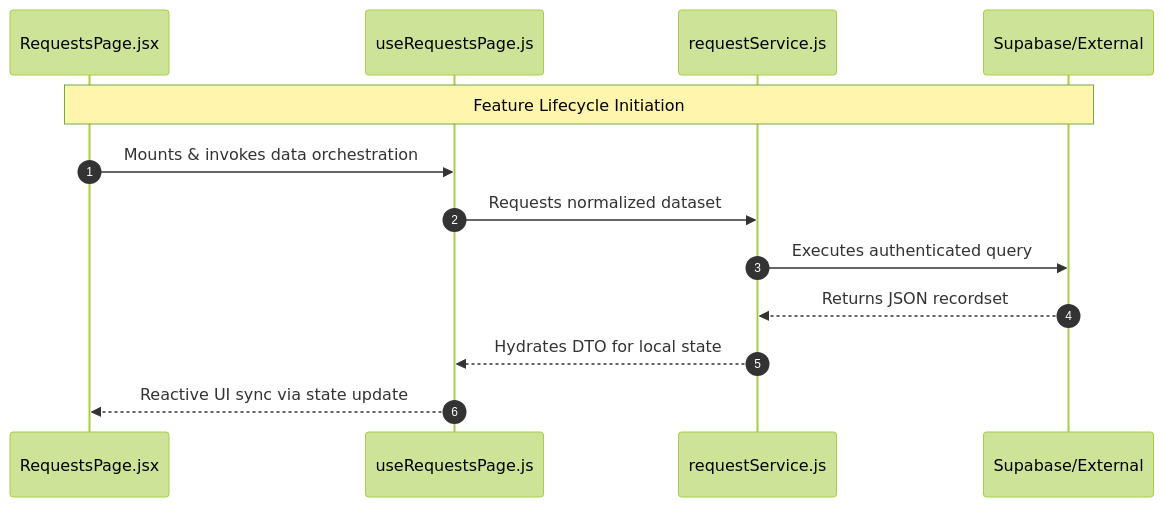
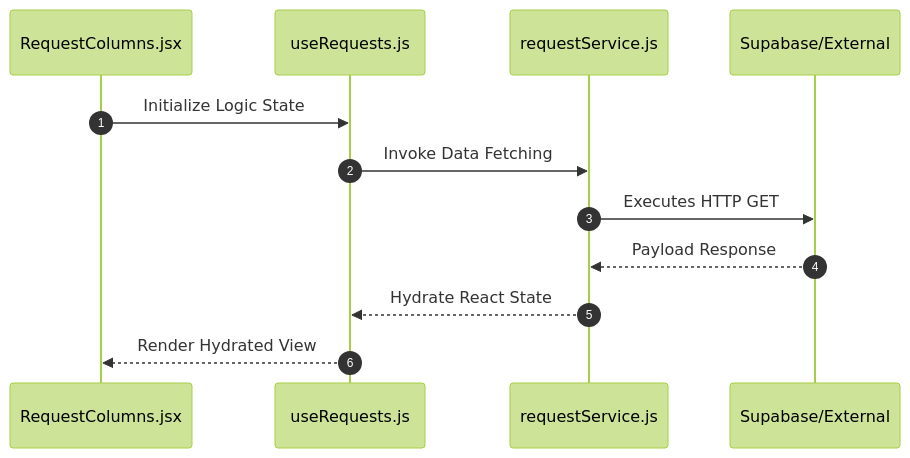
The second of 2 diagrams in src/features/requests/README.md (nexowebai/nexo-superadmin), drawn with Mermaid (forest theme) before and after one commit. The commit also changed other lines of this file and 15 other files, not shown here.

````diff
--- a/src/features/requests/README.md
+++ b/src/features/requests/README.md
@@ -16,16 +38,15 @@
 ```mermaid
 sequenceDiagram
-    autonumber
-    participant P as RequestsPage.jsx
-    participant H as useRequestsPage.js
+autonumber
+    participant P as RequestColumns.jsx
+    participant H as useRequests.js
     participant S as requestService.js
     participant API as Supabase/External
 
-    Note over P,API: Feature Lifecycle Initiation
-    P->>H: Mounts & invokes data orchestration
-    H->>S: Requests normalized dataset
-    S->>API: Executes authenticated query
-    API-->>S: Returns JSON recordset
-    S-->>H: Hydrates DTO for local state
-    H-->>P: Reactive UI sync via state update
+    P->>H: Initialize Logic State
+    H->>S: Invoke Data Fetching
+    S->>API: Executes HTTP GET
+    API-->>S: Payload Response
+    S-->>H: Hydrate React State
+    H-->>P: Render Hydrated View
 ```
````
